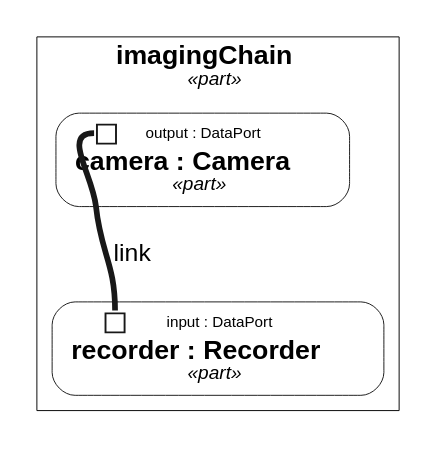
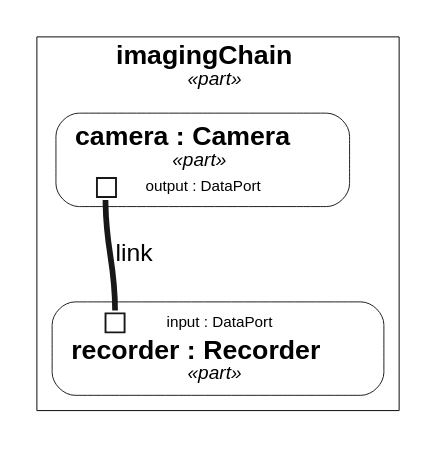
One commit to Open-MBEE/OpenSysML changed the first of 2 diagrams in internal/doc/docrender/testdata/telescope_report.dot.golden.md. Above: the diagram before and after it, drawn with Graphviz. The commit also changed 8 other files, not shown here.

First line of the commit message:
fix(view): seat a connector's source port below its part in DOT and its target above

````diff
--- a/internal/doc/docrender/testdata/telescope_report.dot.golden.md
+++ b/internal/doc/docrender/testdata/telescope_report.dot.golden.md
@@ -83,20 +83,20 @@
 ```dot
 // view: Observatory::interconnectView
 // kind: interconnection
 // stated: render asInterconnectionDiagram
 // layout: dot
 digraph "Observatory::interconnectView" {
   graph [fontname="Helvetica"];
   node [shape=box, style=filled, fillcolor=white, color="#181818", fontname="Helvetica", fontsize=14, penwidth=0.5];
   edge [color="#181818", fontname="Helvetica", fontsize=13, penwidth=1];
   subgraph "cluster_n0" {
     label=<<b>imagingChain</b><br/><font point-size="10"><i>«part»</i></font>>;
     color=black;
     penwidth=0.5;
     "n0" [shape=point, style=invis, width=0, height=0, label=""];
-    "n1" [style="rounded,filled", label=<<table border="0" cellborder="0" cellspacing="0" cellpadding="2"><tr><td port="n1.0" border="1" fixedsize="true" width="10" height="10"></td><td align="left"><font point-size="8">output : DataPort</font></td></tr><tr><td colspan="2"><b>camera : Camera</b><br/><font point-size="10"><i>«part»</i></font></td></tr></table>>];
+    "n1" [style="rounded,filled", label=<<table border="0" cellborder="0" cellspacing="0" cellpadding="2"><tr><td colspan="2"><b>camera : Camera</b><br/><font point-size="10"><i>«part»</i></font></td></tr><tr><td port="n1.0" border="1" fixedsize="true" width="10" height="10"></td><td align="left"><font point-size="8">output : DataPort</font></td></tr></table>>];
     "n2" [style="rounded,filled", label=<<table border="0" cellborder="0" cellspacing="0" cellpadding="2"><tr><td port="n2.0" border="1" fixedsize="true" width="10" height="10"></td><td align="left"><font point-size="8">input : DataPort</font></td></tr><tr><td colspan="2"><b>recorder : Recorder</b><br/><font point-size="10"><i>«part»</i></font></td></tr></table>>];
   }
   "n1":"n1.0" -> "n2":"n2.0" [label="link", arrowhead=none, penwidth=3];
 }
 ```
````
